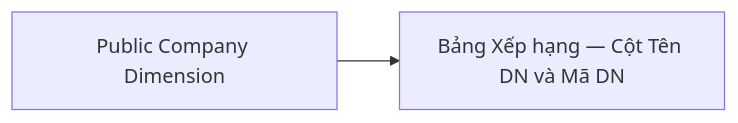
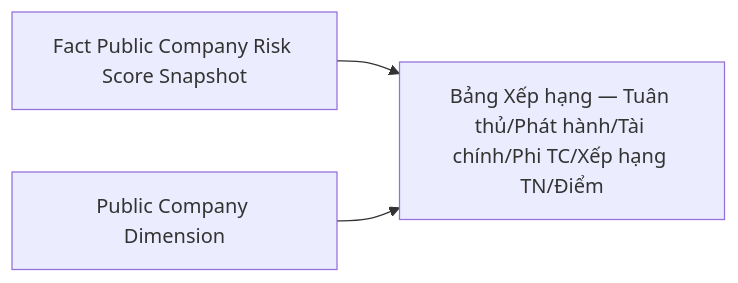
Before and after one commit to linhlvit/ubck_atomic_design: the tenth of 15 diagrams in Datamart/hld/DTM_GSDC_HLD.md, drawn with Mermaid. The commit also changed other lines of this file and 24 other files, not shown here.

````diff
--- a/Datamart/hld/DTM_GSDC_HLD.md
+++ b/Datamart/hld/DTM_GSDC_HLD.md
@@ -205,4 +389,5 @@
 ```mermaid
 flowchart LR
-    pblc_co_dim["Public Company Dimension"] --> R1["Bảng Xếp hạng — Cột Tên DN và Mã DN"]
+    pc_risk_fct["Fact Public Company Risk Score Snapshot"] --> R1["Bảng Xếp hạng — Tuân thủ/Phát hành/Tài chính/Phi TC/Xếp hạng TN/Điểm"]
+    pblc_co_dim["Public Company Dimension"] --> R1
 ```
````
